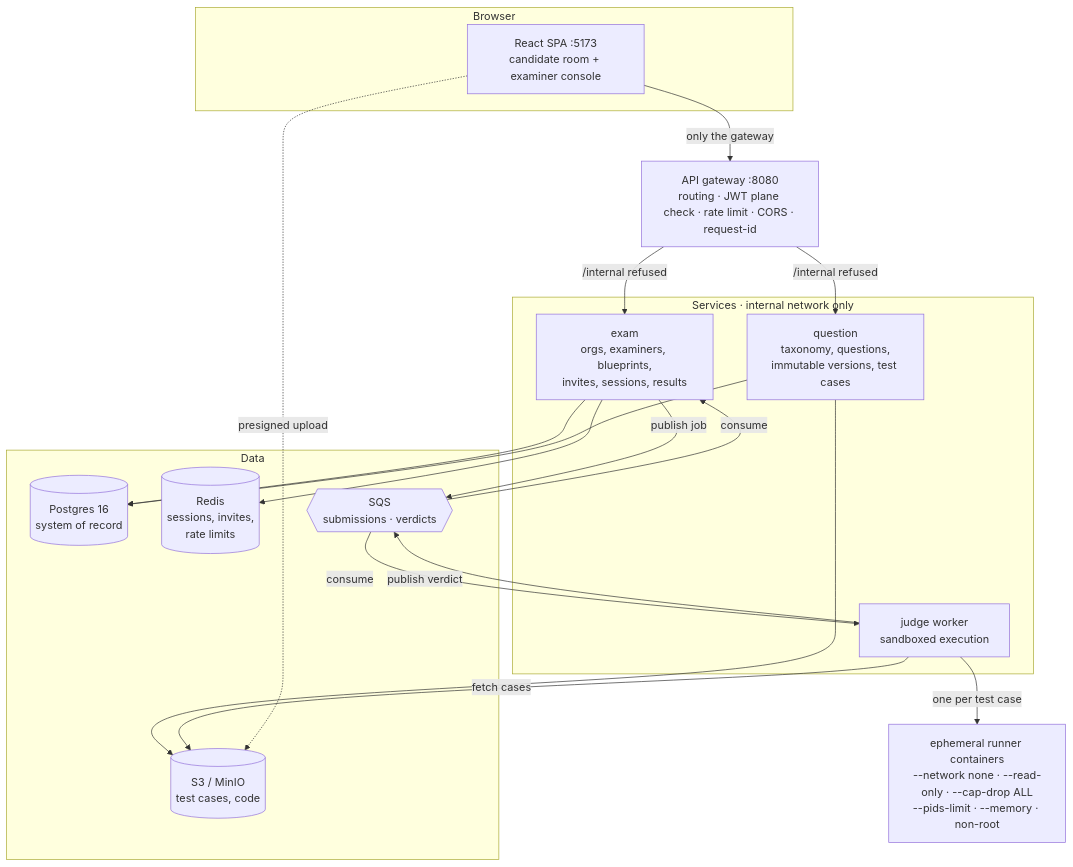
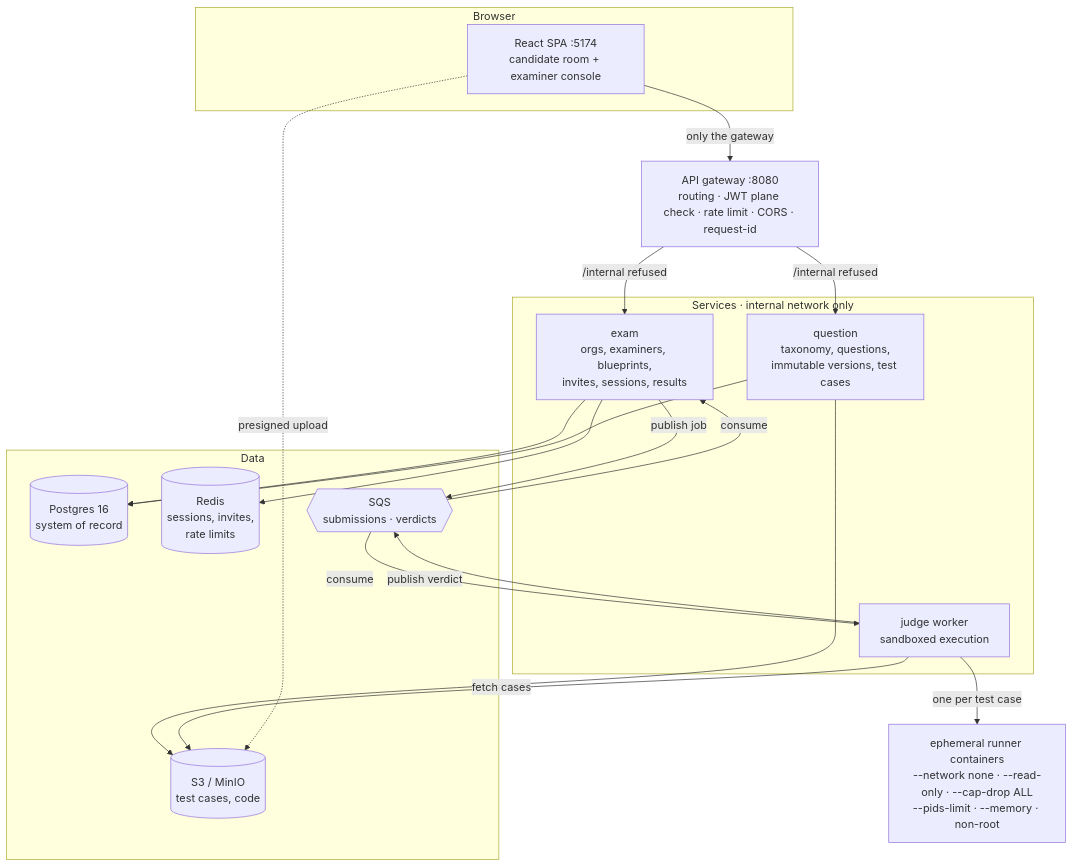
One commit to sarveswaranmg/dsa_platform changed the diagram in README.md. Above: the diagram before and after it, drawn with Mermaid. The commit also changed other lines of this file and 79 other files, not shown here.

````diff
--- a/README.md
+++ b/README.md
@@ -49,38 +49,38 @@
 ```mermaid
 flowchart TB
     subgraph client [Browser]
-        FE["React SPA :5173<br/>candidate room + examiner console"]
+        FE["React SPA :5174<br/>candidate room + examiner console"]
     end
 
     GW["API gateway :8080<br/>routing · JWT plane check · rate limit · CORS · request-id"]
 
     subgraph services [Services · internal network only]
         EXAM["exam<br/>orgs, examiners, blueprints,<br/>invites, sessions, results"]
         QUESTION["question<br/>taxonomy, questions,<br/>immutable versions, test cases"]
         JUDGE["judge worker<br/>sandboxed execution"]
     end
 
     subgraph data [Data]
         PG[("Postgres 16<br/>system of record")]
         RD[("Redis<br/>sessions, invites,<br/>rate limits")]
         S3[("S3 / MinIO<br/>test cases, code")]
         Q{{"SQS<br/>submissions · verdicts"}}
     end
 
     RUN["ephemeral runner containers<br/>--network none · --read-only · --cap-drop ALL<br/>--pids-limit · --memory · non-root"]
 
     FE -->|"only the gateway"| GW
     GW -->|"/internal refused"| EXAM
     GW -->|"/internal refused"| QUESTION
     EXAM --> PG
     EXAM --> RD
     QUESTION --> PG
     QUESTION --> S3
     EXAM -->|publish job| Q
     Q -->|consume| JUDGE
     JUDGE -->|fetch cases| S3
     JUDGE -->|one per test case| RUN
     JUDGE -->|publish verdict| Q
     Q -->|consume| EXAM
     FE -. "presigned upload" .-> S3
 ```
````
